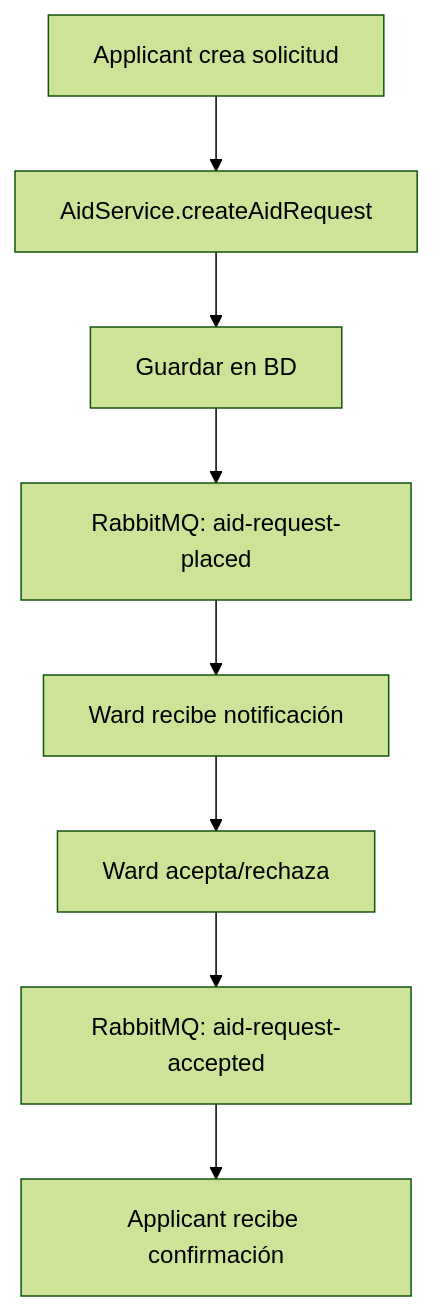
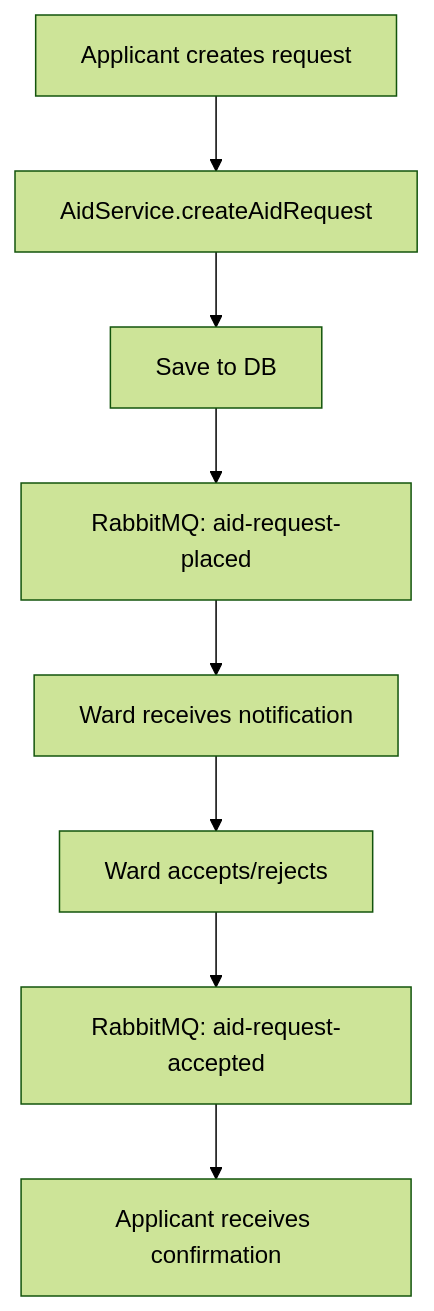
Before and after one commit to belfor-acuna/nestjs-rabbitmq-backend: the diagram in README.md, drawn with Mermaid (forest theme). The commit also changed other lines of this file, not shown here.

````diff
--- a/README.md
+++ b/README.md
@@ -230,10 +230,10 @@
 ```mermaid
 graph TD
-    A[Applicant crea solicitud] --> B[AidService.createAidRequest]
-    B --> C[Guardar en BD]
+    A[Applicant creates request] --> B[AidService.createAidRequest]
+    B --> C[Save to DB]
     C --> D[RabbitMQ: aid-request-placed]
-    D --> E[Ward recibe notificación]
-    E --> F[Ward acepta/rechaza]
+    D --> E[Ward receives notification]
+    E --> F[Ward accepts/rejects]
     F --> G[RabbitMQ: aid-request-accepted]
-    G --> H[Applicant recibe confirmación]
+    G --> H[Applicant receives confirmation]
 ```
````
